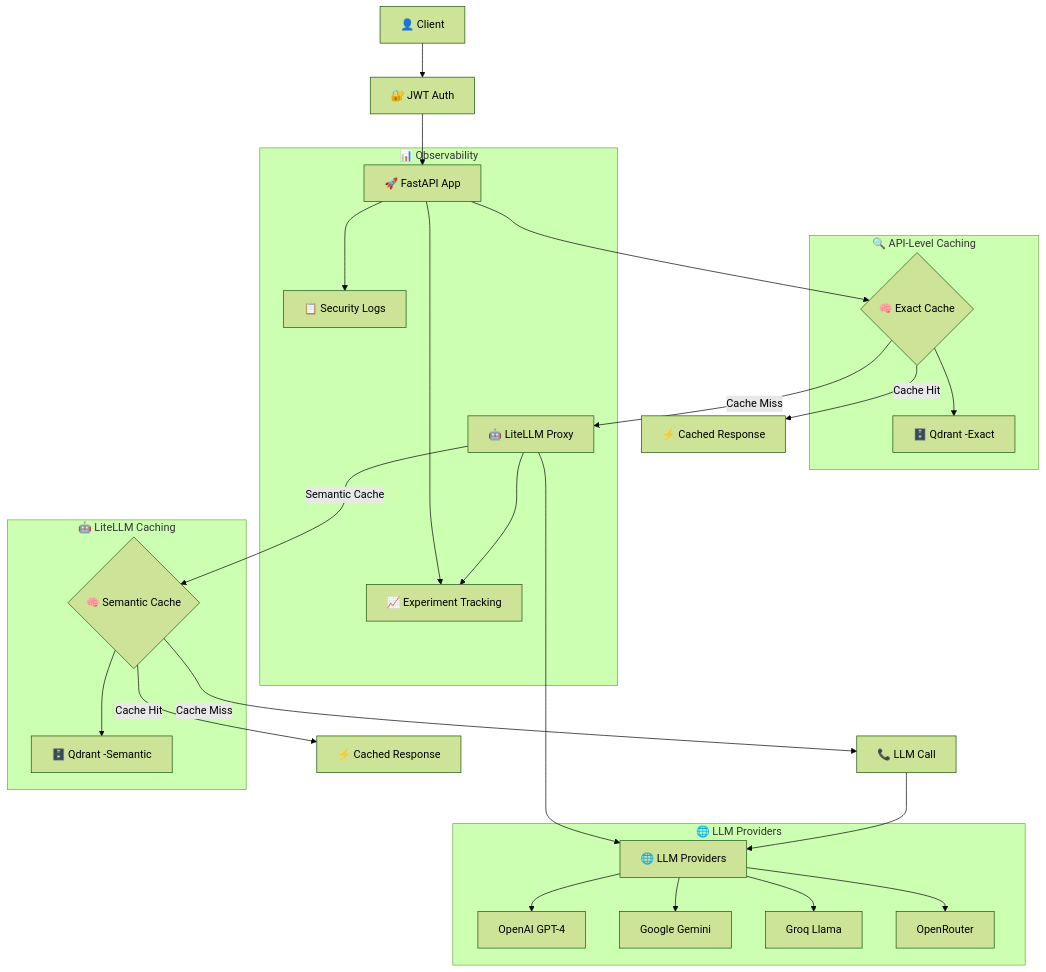
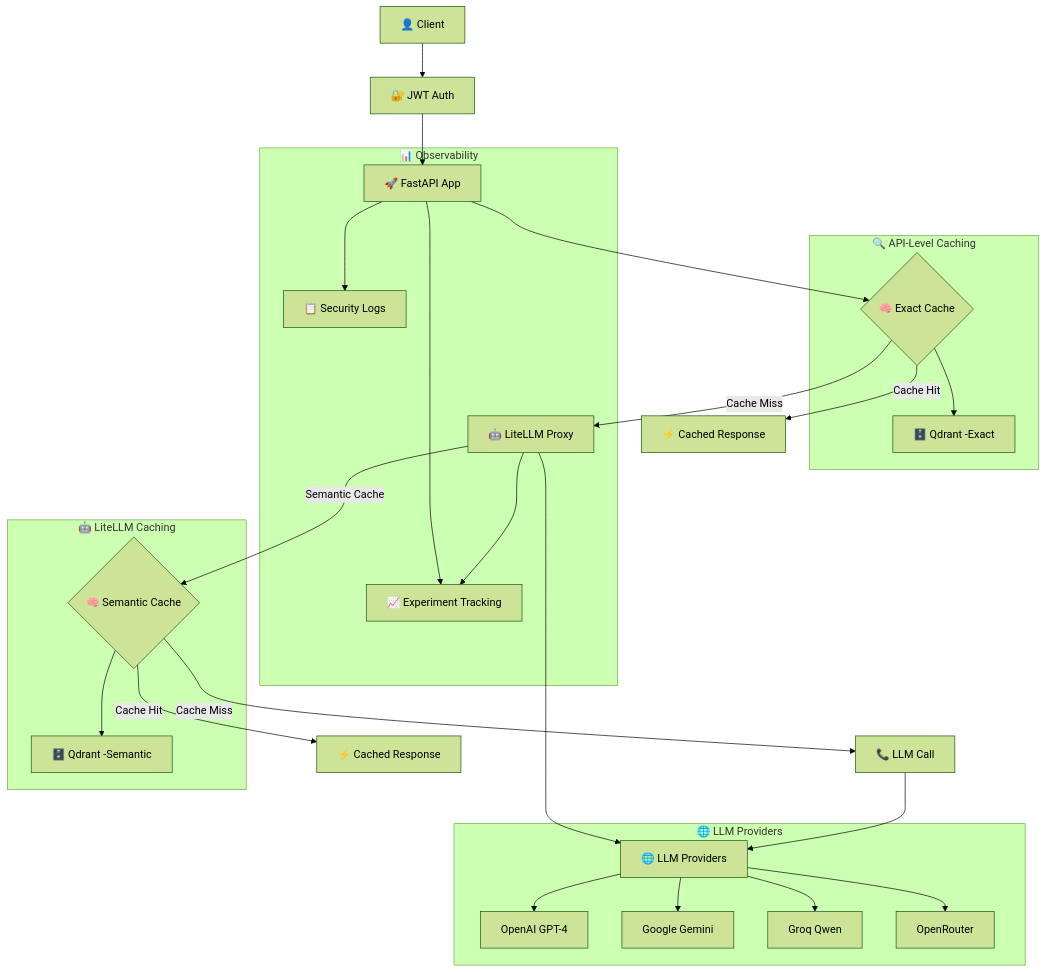
Before and after one commit to DataScientest/LLMOps-setup-course: the diagram in README.md, drawn with Mermaid (forest theme). The commit also changed other lines of this file and 30 other files, not shown here.

````diff
--- a/README.md
+++ b/README.md
@@ -53,34 +53,34 @@
 ```mermaid
 graph TB
     Client[👤 Client] --> Auth[🔐 JWT Auth]
     Auth --> API[🚀 FastAPI App]
     API --> Cache{🧠 Exact Cache}
     Cache -->|Cache Miss| LiteLLM[🤖 LiteLLM Proxy]
     Cache -->|Cache Hit| Return[⚡ Cached Response]
     LiteLLM --> Providers[🌐 LLM Providers]
     LiteLLM -->|Semantic Cache| LiteLLMCache{🧠 Semantic Cache}
     LiteLLMCache -->|Cache Hit| LiteLLMCached[⚡ Cached Response]
     LiteLLMCache -->|Cache Miss| LLMCall[📞 LLM Call]
     LLMCall --> Providers
     
     subgraph "🔍 API-Level Caching"
         Cache --> QdrantAPI[🗄️ Qdrant -Exact]
     end
     
     subgraph "🤖 LiteLLM Caching"
         LiteLLMCache --> QdrantLiteLLM[🗄️ Qdrant -Semantic]
     end
     
     subgraph "📊 Observability"
         API --> MLflow[📈 Experiment Tracking]
         API --> Logs[📋 Security Logs]
         LiteLLM --> MLflow
     end
     
     subgraph "🌐 LLM Providers"
         Providers --> OpenAI[OpenAI GPT-4]
         Providers --> Gemini[Google Gemini]
-        Providers --> Groq[Groq Llama]
+        Providers --> Groq[Groq Qwen]
         Providers --> OpenRouter[OpenRouter]
     end
 ```
````
